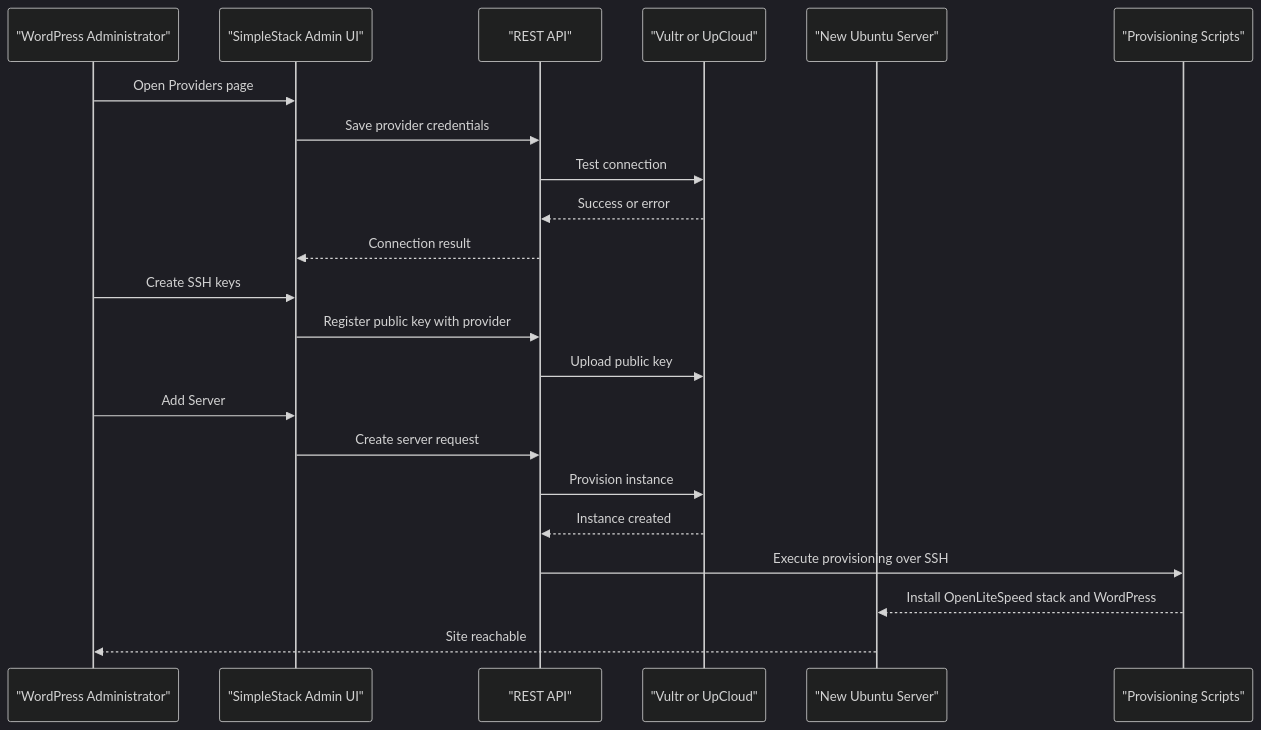
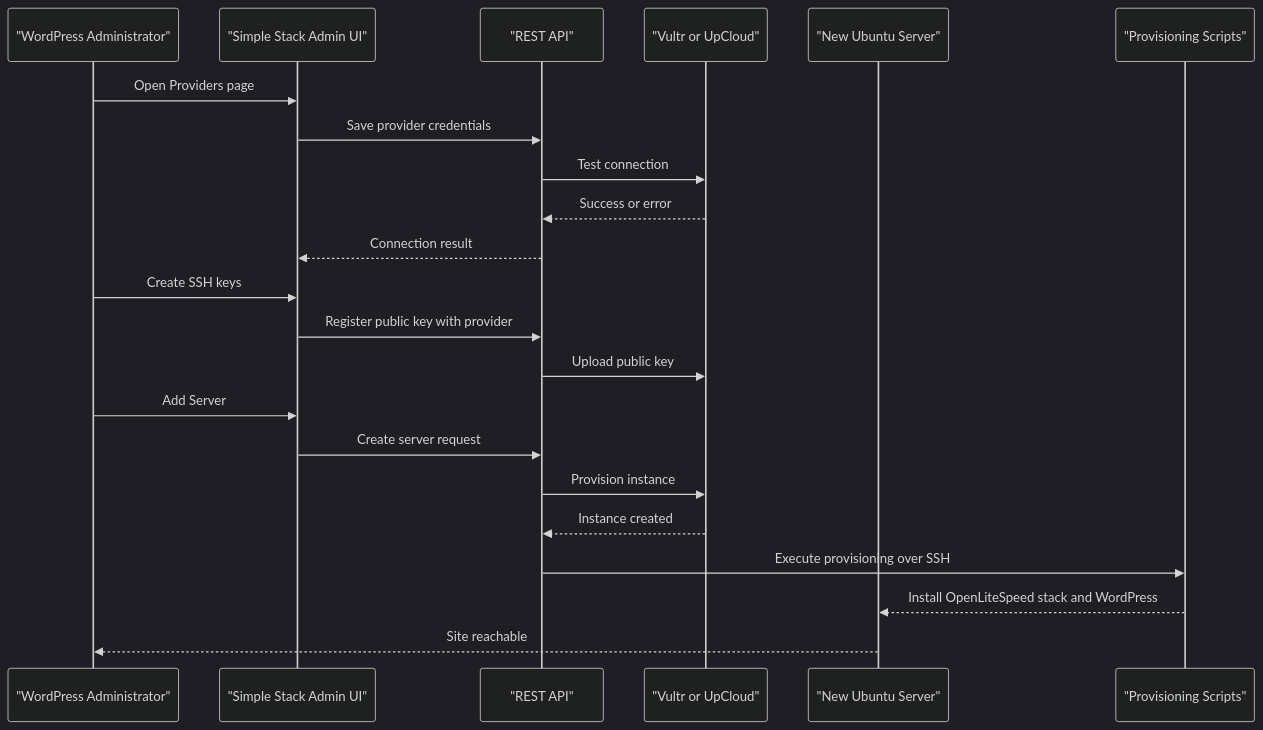
One commit to onedogsolutions/simple-stack changed the fifth of 6 diagrams in .qoder/repowiki/en/content/Getting Started.md. Above: the diagram before and after it, drawn with Mermaid (dark theme). The commit also changed other lines of this file and 5941 other files, not shown here.

First line of the commit message:
refactor(core): rebrand WPCloudDeploy to Simple Stack with new namespaces and prefixes

````diff
--- a/.qoder/repowiki/en/content/Getting Started.md
+++ b/.qoder/repowiki/en/content/Getting Started.md
@@ -233,24 +233,24 @@
 ```mermaid
 sequenceDiagram
 participant Admin as "WordPress Administrator"
-participant UI as "SimpleStack Admin UI"
+participant UI as "Simple Stack Admin UI"
 participant REST as "REST API"
 participant Provider as "Vultr or UpCloud"
 participant Server as "New Ubuntu Server"
 participant Scripts as "Provisioning Scripts"
 Admin->>UI : Open Providers page
 UI->>REST : Save provider credentials
 REST->>Provider : Test connection
 Provider-->>REST : Success or error
 REST-->>UI : Connection result
 Admin->>UI : Create SSH keys
 UI->>REST : Register public key with provider
 REST->>Provider : Upload public key
 Admin->>UI : Add Server
 UI->>REST : Create server request
 REST->>Provider : Provision instance
 Provider-->>REST : Instance created
 REST->>Scripts : Execute provisioning over SSH
 Scripts-->>Server : Install OpenLiteSpeed stack and WordPress
 Server-->>Admin : Site reachable
 ```
````
